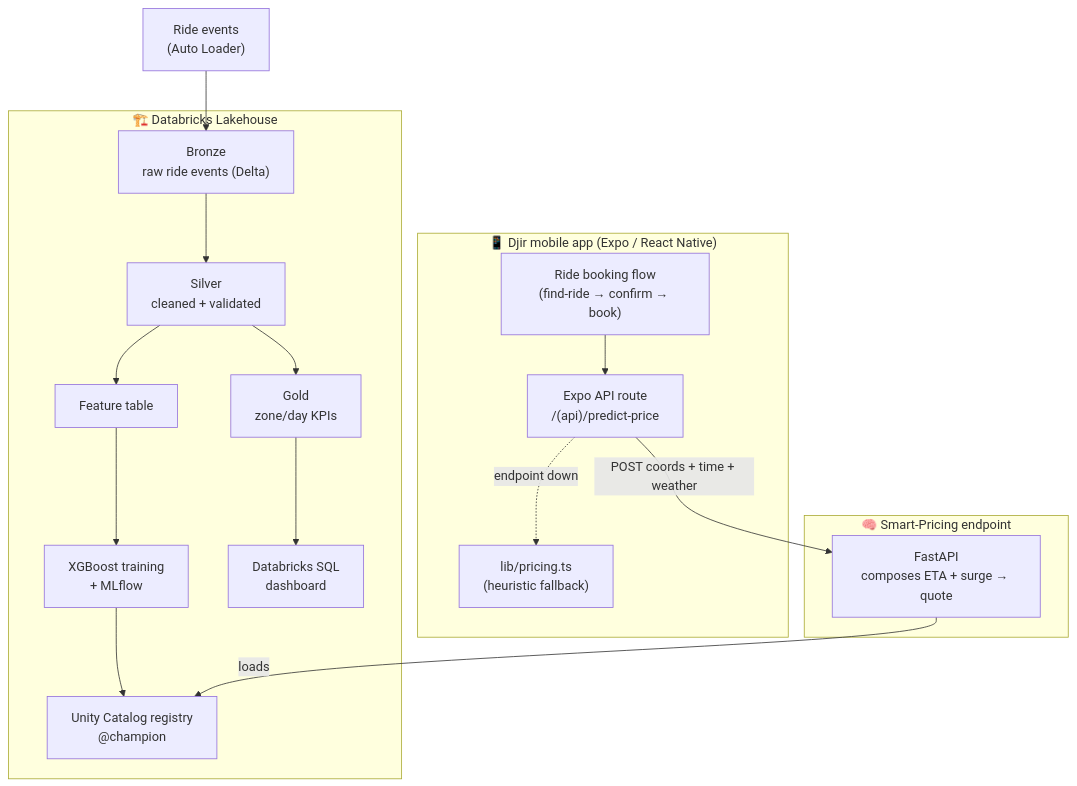
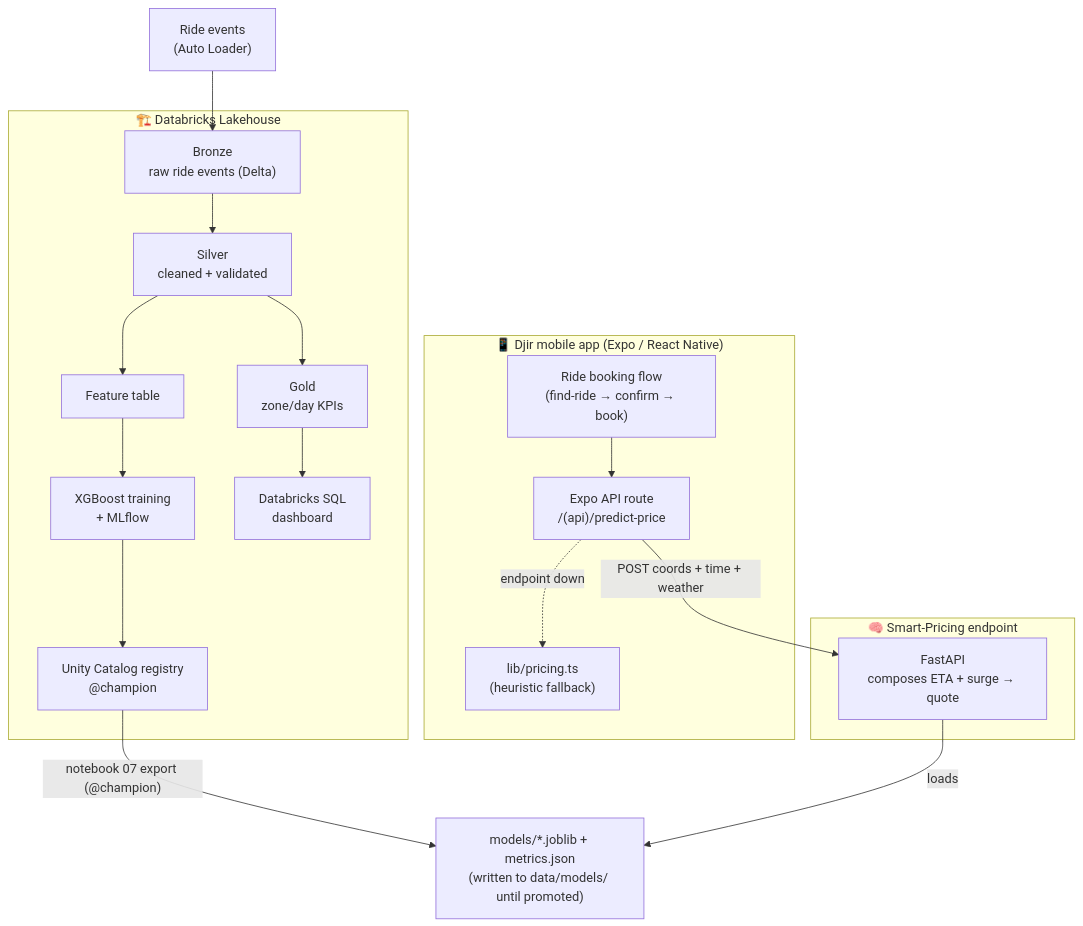
One commit to FilipKalcic1/djir changed the first of 3 diagrams in docs/architecture.md. Above: the diagram before and after it, drawn with Mermaid. The commit also changed other lines of this file and 251 other files, not shown here.

````diff
--- a/docs/architecture.md
+++ b/docs/architecture.md
@@ -12,31 +16,33 @@
 ```mermaid
 flowchart TD
     subgraph App["📱 Djir mobile app (Expo / React Native)"]
         UI["Ride booking flow<br/>(find-ride → confirm → book)"]
         ROUTE["Expo API route<br/>/(api)/predict-price"]
         FALLBACK["lib/pricing.ts<br/>(heuristic fallback)"]
         UI --> ROUTE
         ROUTE -. "endpoint down" .-> FALLBACK
     end
 
     subgraph Serve["🧠 Smart-Pricing endpoint"]
         FASTAPI["FastAPI<br/>composes ETA + surge → quote"]
     end
 
     subgraph DBX["🏗️ Databricks Lakehouse"]
         BRONZE["Bronze<br/>raw ride events (Delta)"]
         SILVER["Silver<br/>cleaned + validated"]
         GOLD["Gold<br/>zone/day KPIs"]
         FEAT["Feature table"]
         TRAIN["XGBoost training<br/>+ MLflow"]
         REG["Unity Catalog registry<br/>@champion"]
         SQL["Databricks SQL<br/>dashboard"]
         BRONZE --> SILVER --> GOLD
         SILVER --> FEAT --> TRAIN --> REG
         GOLD --> SQL
     end
 
+    ARTIFACTS["models/*.joblib + metrics.json<br/>(written to data/models/ until promoted)"]
     ROUTE -->|"POST coords + time + weather"| FASTAPI
-    FASTAPI -->|"loads"| REG
+    REG -->|"notebook 07 export (@champion)"| ARTIFACTS
+    FASTAPI -->|"loads"| ARTIFACTS
     EVENTS["Ride events<br/>(Auto Loader)"] --> BRONZE
 ```
````
